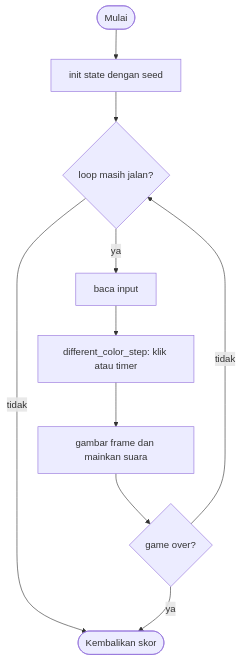
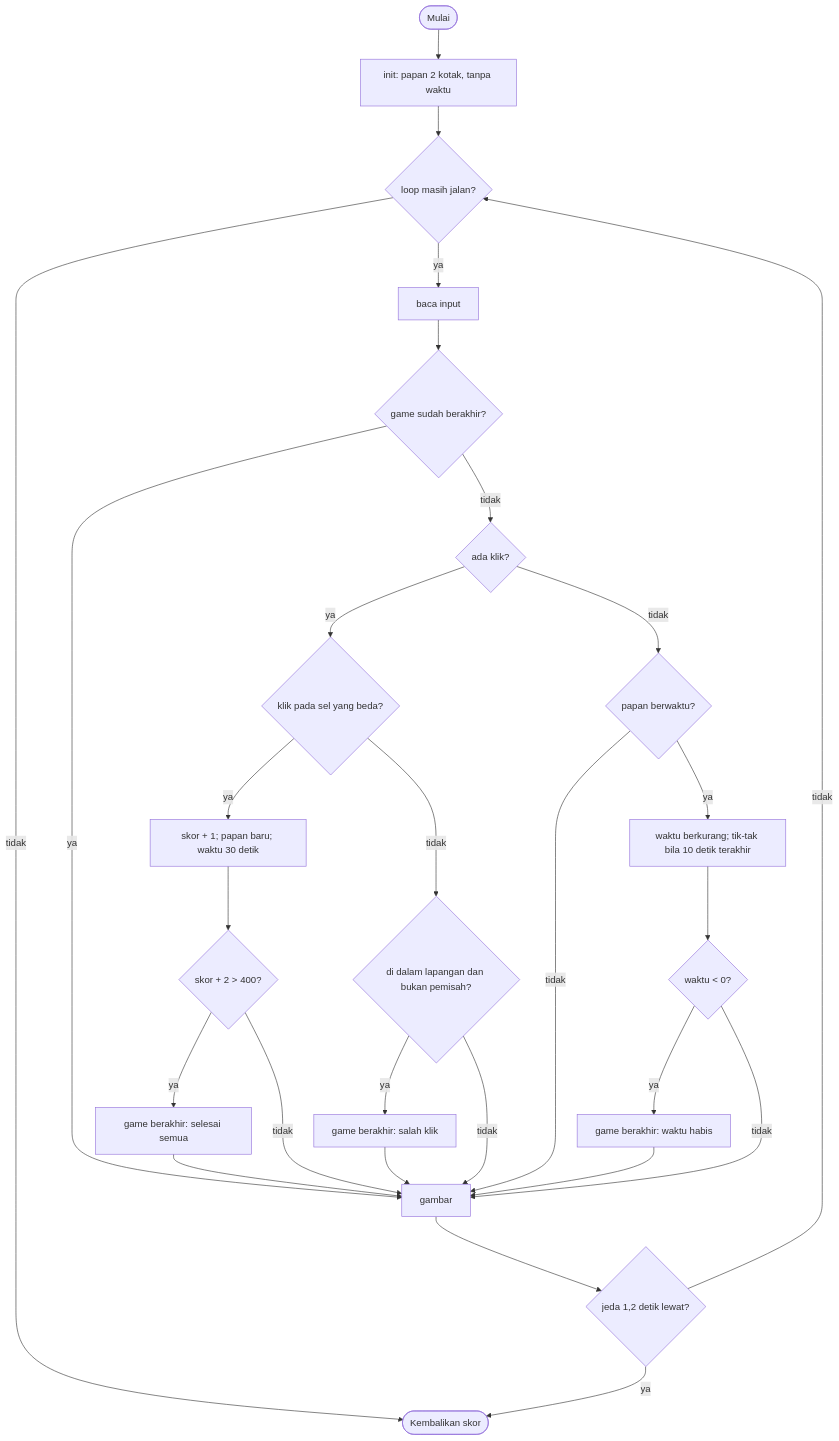
One commit to zaxx-q/arCade changed the diagram in games/different_color/GAME.md. Above: the diagram before and after it, drawn with Mermaid. The commit also changed other lines of this file and 3 other files, not shown here.

````diff
--- a/games/different_color/GAME.md
+++ b/games/different_color/GAME.md
@@ -136,12 +190,25 @@
 ```mermaid
 flowchart TD
-    A([Mulai]) --> B["init state dengan seed"]
+    A([Mulai]) --> B["init: papan 2 kotak, tanpa waktu"]
     B --> C{"loop masih jalan?"}
     C -- tidak --> Z([Kembalikan skor])
     C -- ya --> D[baca input]
-    D --> E["different_color_step: klik atau timer"]
-    E --> F[gambar frame dan mainkan suara]
-    F --> G{"game over?"}
-    G -- tidak --> C
-    G -- ya --> Z
+    D --> E{"game sudah berakhir?"}
+    E -- ya --> L[gambar] --> M{"jeda 1,2 detik lewat?"}
+    M -- ya --> Z
+    M -- tidak --> C
+    E -- tidak --> F{"ada klik?"}
+    F -- ya --> G{"klik pada sel yang beda?"}
+    G -- ya --> H["skor + 1; papan baru; waktu 30 detik"] --> I{"skor + 2 > 400?"}
+    I -- ya --> J[game berakhir: selesai semua] --> L
+    I -- tidak --> L
+    G -- tidak --> K{"di dalam lapangan dan bukan pemisah?"}
+    K -- ya --> N[game berakhir: salah klik] --> L
+    K -- tidak --> L
+    F -- tidak --> O{"papan berwaktu?"}
+    O -- tidak --> L
+    O -- ya --> P["waktu berkurang; tik-tak bila 10 detik terakhir"]
+    P --> Q{"waktu < 0?"}
+    Q -- ya --> R[game berakhir: waktu habis] --> L
+    Q -- tidak --> L
 ```
````
